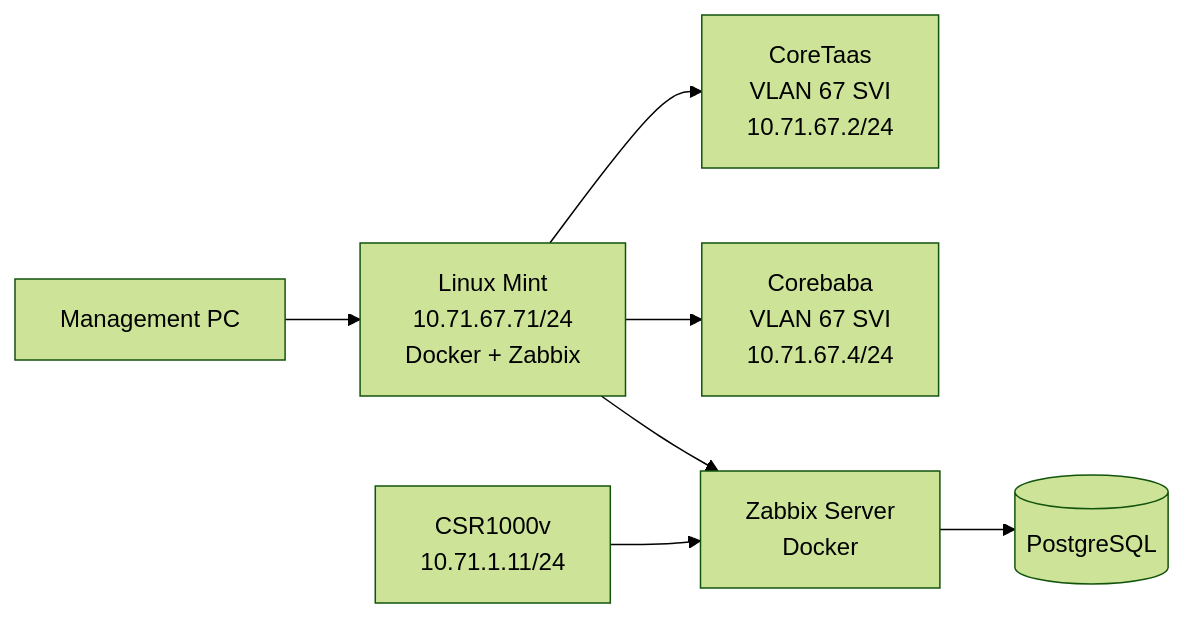
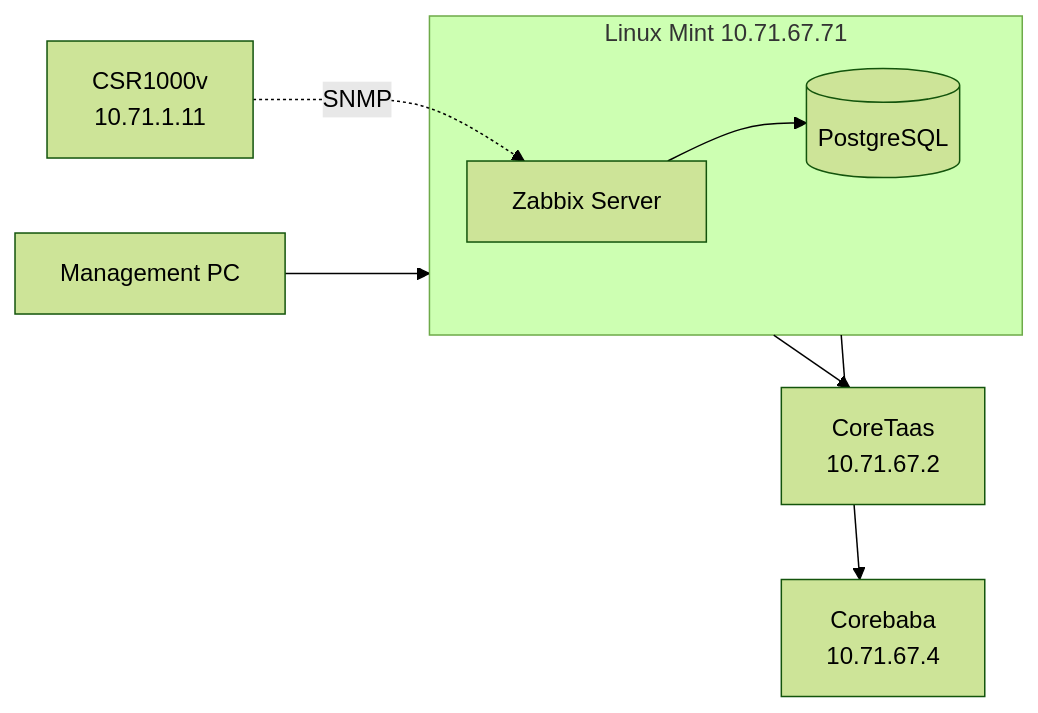
Before and after one commit to navinskyy/linux-zabbix-core-switches-setup: the diagram in README.md, drawn with Mermaid (forest theme). The commit also changed other lines of this file, not shown here.

````diff
--- a/README.md
+++ b/README.md
@@ -118,24 +31,10 @@
 ```mermaid
 flowchart LR
-
-    PC[Management PC]
-
-    LM["Linux Mint<br/>10.71.67.71/24<br/>Docker + Zabbix"]
-
-    CT["CoreTaas<br/>VLAN 67 SVI<br/>10.71.67.2/24"]
-
-    CB["Corebaba<br/>VLAN 67 SVI<br/>10.71.67.4/24"]
-
-    CSR["CSR1000v<br/>10.71.1.11/24"]
-
-    Z["Zabbix Server<br/>Docker"]
-
-    DB[(PostgreSQL)]
-
-    PC --> LM
-    LM --> CT
-    LM --> CB
-    LM --> Z
-    Z --> DB
-    CSR --> Z
+    PC[Management PC] --> LM
+    subgraph LM["Linux Mint 10.71.67.71"]
+        Z[Zabbix Server] --> DB[(PostgreSQL)]
+    end
+    LM --> CT["CoreTaas<br/>10.71.67.2"]
+    LM --> CB["Corebaba<br/>10.71.67.4"]
+    CSR["CSR1000v<br/>10.71.1.11"] -. SNMP .-> Z
 ```
````
